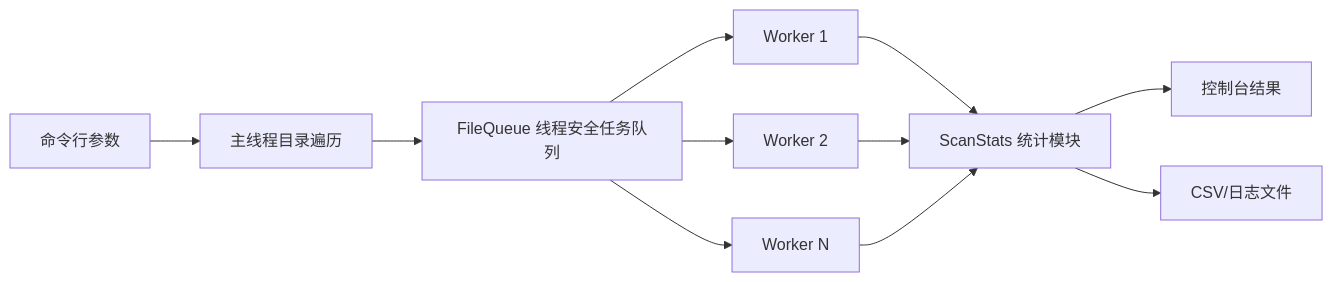
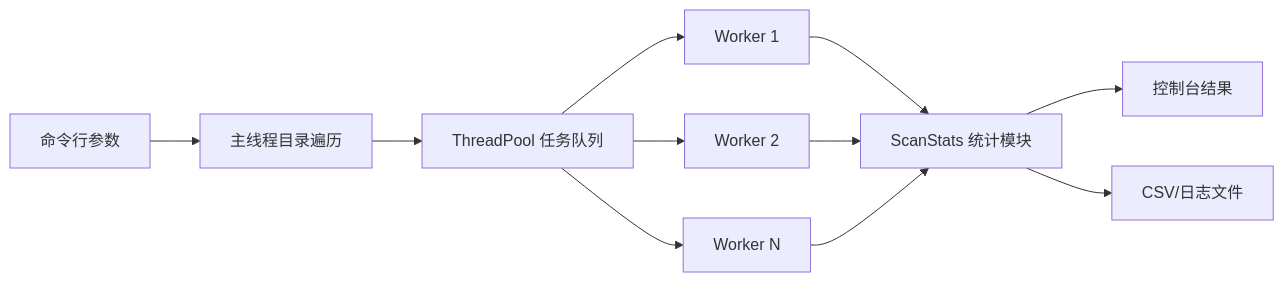
One commit to liuGuanYi-hub/file-scanner changed the diagram in docs/开发计划.md. Above: the diagram before and after it, drawn with Mermaid. The commit also changed other lines of this file and 10 other files, not shown here.

````diff
--- a/docs/开发计划.md
+++ b/docs/开发计划.md
@@ -68,13 +68,13 @@
 ```mermaid
 flowchart LR
     A[命令行参数] --> B[主线程目录遍历]
-    B --> C[FileQueue 线程安全任务队列]
+    B --> C[ThreadPool 任务队列]
     C --> D1[Worker 1]
     C --> D2[Worker 2]
     C --> D3[Worker N]
     D1 --> E[ScanStats 统计模块]
     D2 --> E
     D3 --> E
     E --> F[控制台结果]
     E --> G[CSV/日志文件]
 ```
````
